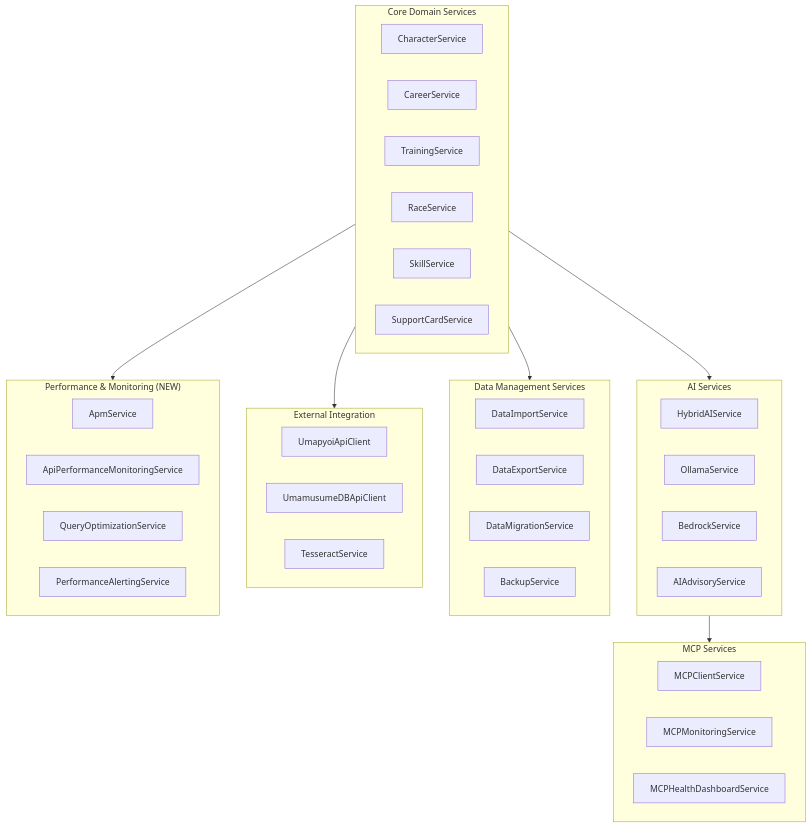
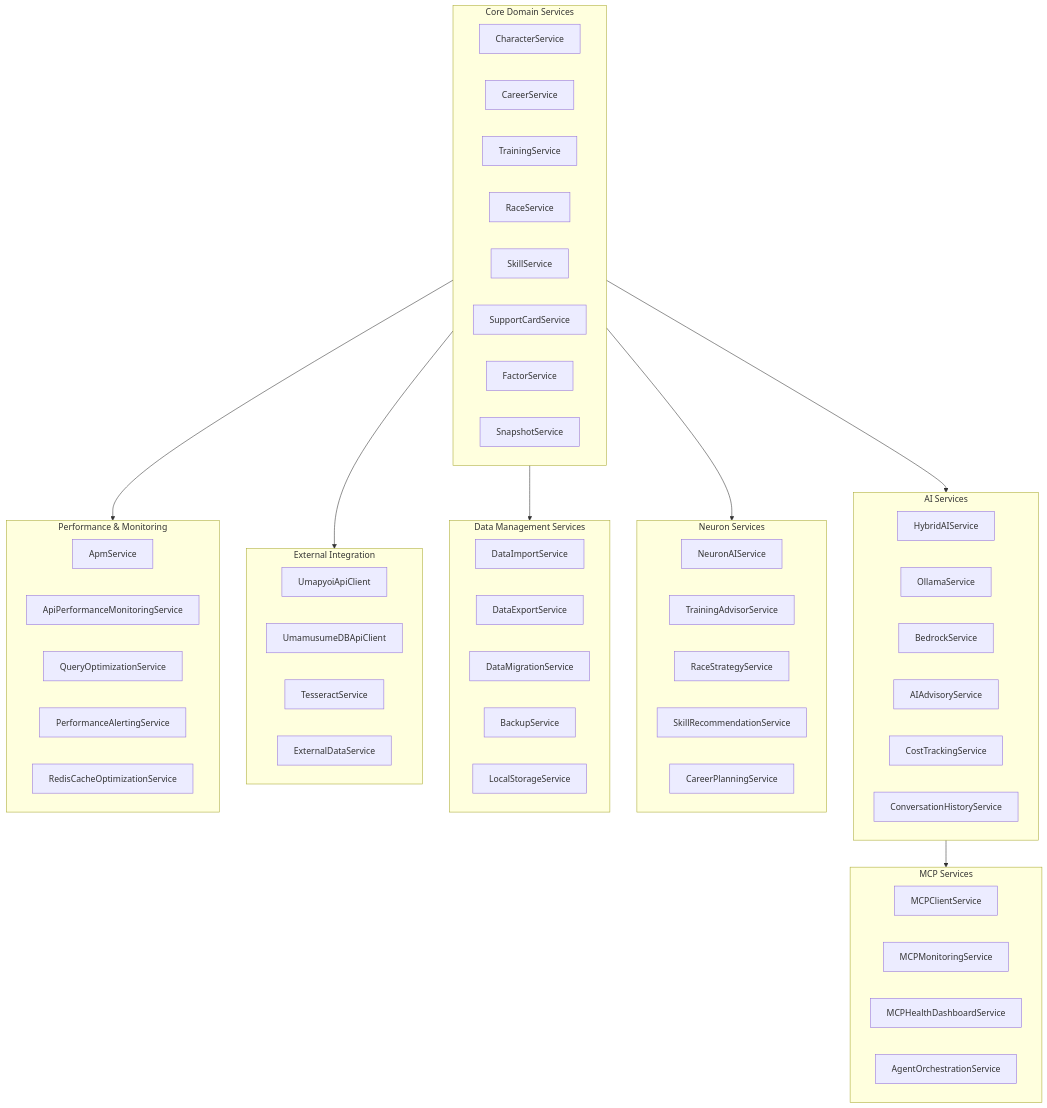
One commit to exatfrds67/umamusume-career-planner changed the fifth of 12 diagrams in docs/00-core-docs/010_SCD_Source_Code_Documentation.md. Above: the diagram before and after it, drawn with Mermaid. The commit also changed other lines of this file and 1559 other files, not shown here.

````diff
--- a/docs/00-core-docs/010_SCD_Source_Code_Documentation.md
+++ b/docs/00-core-docs/010_SCD_Source_Code_Documentation.md
@@ -297,50 +306,67 @@
 ```mermaid
 flowchart TD
     subgraph CoreServices["Core Domain Services"]
         CharacterService["CharacterService"]
         CareerService["CareerService"]
         TrainingService["TrainingService"]
         RaceService["RaceService"]
         SkillService["SkillService"]
         SupportCardService["SupportCardService"]
+        FactorService["FactorService"]
+        SnapshotService["SnapshotService"]
     end
     
     subgraph AIServices["AI Services"]
         HybridAIService["HybridAIService"]
         OllamaService["OllamaService"]
         BedrockService["BedrockService"]
         AIAdvisoryService["AIAdvisoryService"]
+        CostTrackingService["CostTrackingService"]
+        ConversationHistoryService["ConversationHistoryService"]
+    end
+    
+    subgraph NeuronServices["Neuron Services"]
+        NeuronAIService["NeuronAIService"]
+        TrainingAdvisorService["TrainingAdvisorService"]
+        RaceStrategyService["RaceStrategyService"]
+        SkillRecommendationService["SkillRecommendationService"]
+        CareerPlanningService["CareerPlanningService"]
     end
     
     subgraph MCPServices["MCP Services"]
         MCPClientService["MCPClientService"]
         MCPMonitoringService["MCPMonitoringService"]
         MCPHealthDashboardService["MCPHealthDashboardService"]
+        AgentOrchestrationService["AgentOrchestrationService"]
     end
     
     subgraph DataServices["Data Management Services"]
         DataImportService["DataImportService"]
         DataExportService["DataExportService"]
         DataMigrationService["DataMigrationService"]
         BackupService["BackupService"]
+        LocalStorageService["LocalStorageService"]
     end
     
     subgraph ExternalServices["External Integration"]
         UmapyoiApiClient["UmapyoiApiClient"]
         UmamusumeDBApiClient["UmamusumeDBApiClient"]
         TesseractService["TesseractService"]
+        ExternalDataService["ExternalDataService"]
     end
     
-    subgraph PerformanceServices["Performance & Monitoring (NEW)"]
+    subgraph PerformanceServices["Performance & Monitoring"]
         ApmService["ApmService"]
         ApiPerformanceMonitoringService["ApiPerformanceMonitoringService"]
         QueryOptimizationService["QueryOptimizationService"]
         PerformanceAlertingService["PerformanceAlertingService"]
+        RedisCacheOptimizationService["RedisCacheOptimizationService"]
     end
     
     CoreServices --> AIServices
+    CoreServices --> NeuronServices
     AIServices --> MCPServices
     CoreServices --> DataServices
     CoreServices --> ExternalServices
     CoreServices --> PerformanceServices
 ```
````
